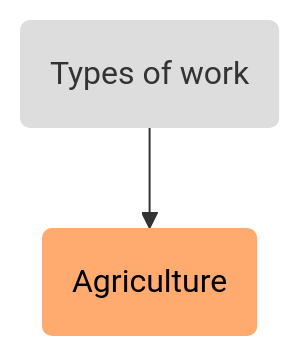
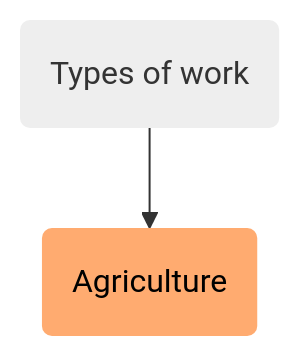
The second of 4 diagrams in docs/publication_api/publication_api.md (renderpci/dedalo), drawn with Mermaid before and after one commit. The commit also changed other lines of this file, not shown here.

````diff
--- a/docs/publication_api/publication_api.md
+++ b/docs/publication_api/publication_api.md
@@ -1559,10 +1558,10 @@
 ```mermaid
 flowchart TD
 
     %% Colors %%
 
-    classDef default fill:#dddddd,stroke:#000,stroke-width:0;
+    classDef default fill:#eeeeee,stroke:#000,stroke-width:0;
     classDef orange fill:#FFAB70,stroke:#000,color:#000
 
     A(Types of work) --> B(Agriculture):::orange
 ```
````
